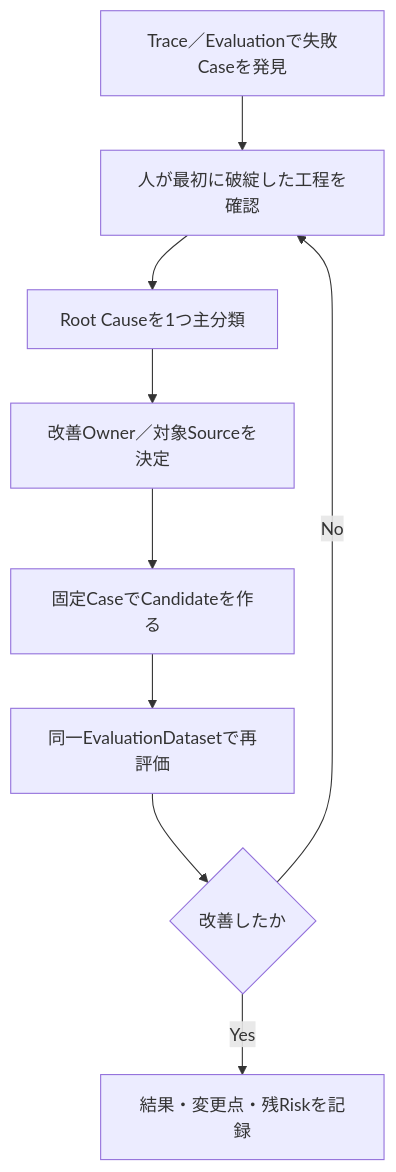
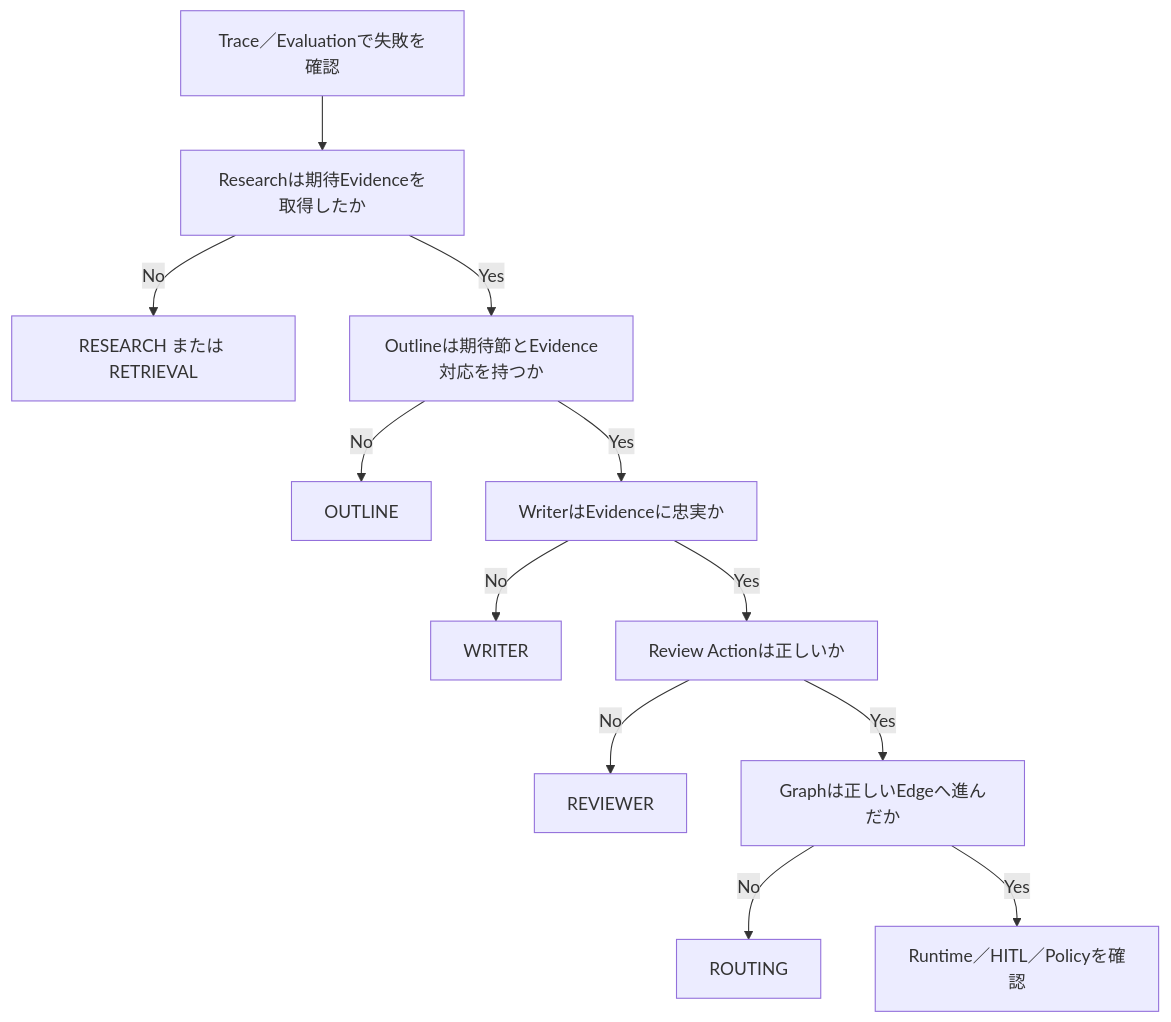
The eighth of 17 diagrams in 技術レポート作成マルチエージェント_完成版.md (junTaniguchi/llm_ops), drawn with Mermaid before and after one commit. The commit also changed other lines of this file and 1 other file, not shown here.

````diff
--- a/技術レポート作成マルチエージェント_完成版.md
+++ b/技術レポート作成マルチエージェント_完成版.md
@@ -2241,11 +2178,14 @@
 ```mermaid
 flowchart TD
-    T["Trace／Evaluationで失敗Caseを発見"] --> H["人が最初に破綻した工程を確認"]
-    H --> C["Root Causeを1つ主分類"]
-    C --> O["改善Owner／対象Sourceを決定"]
-    O --> F["固定CaseでCandidateを作る"]
-    F --> E["同一EvaluationDatasetで再評価"]
-    E --> D{"改善したか"}
-    D -->|Yes| R["結果・変更点・残Riskを記録"]
-    D -->|No| H
+    T["Trace／Evaluationで失敗を確認"] --> R["Researchは期待Evidenceを取得したか"]
+    R -->|No| RC["RESEARCH または RETRIEVAL"]
+    R -->|Yes| O["Outlineは期待節とEvidence対応を持つか"]
+    O -->|No| OC["OUTLINE"]
+    O -->|Yes| W["WriterはEvidenceに忠実か"]
+    W -->|No| WC["WRITER"]
+    W -->|Yes| V["Review Actionは正しいか"]
+    V -->|No| VC["REVIEWER"]
+    V -->|Yes| G["Graphは正しいEdgeへ進んだか"]
+    G -->|No| GC["ROUTING"]
+    G -->|Yes| X["Runtime／HITL／Policyを確認"]
 ```
````
